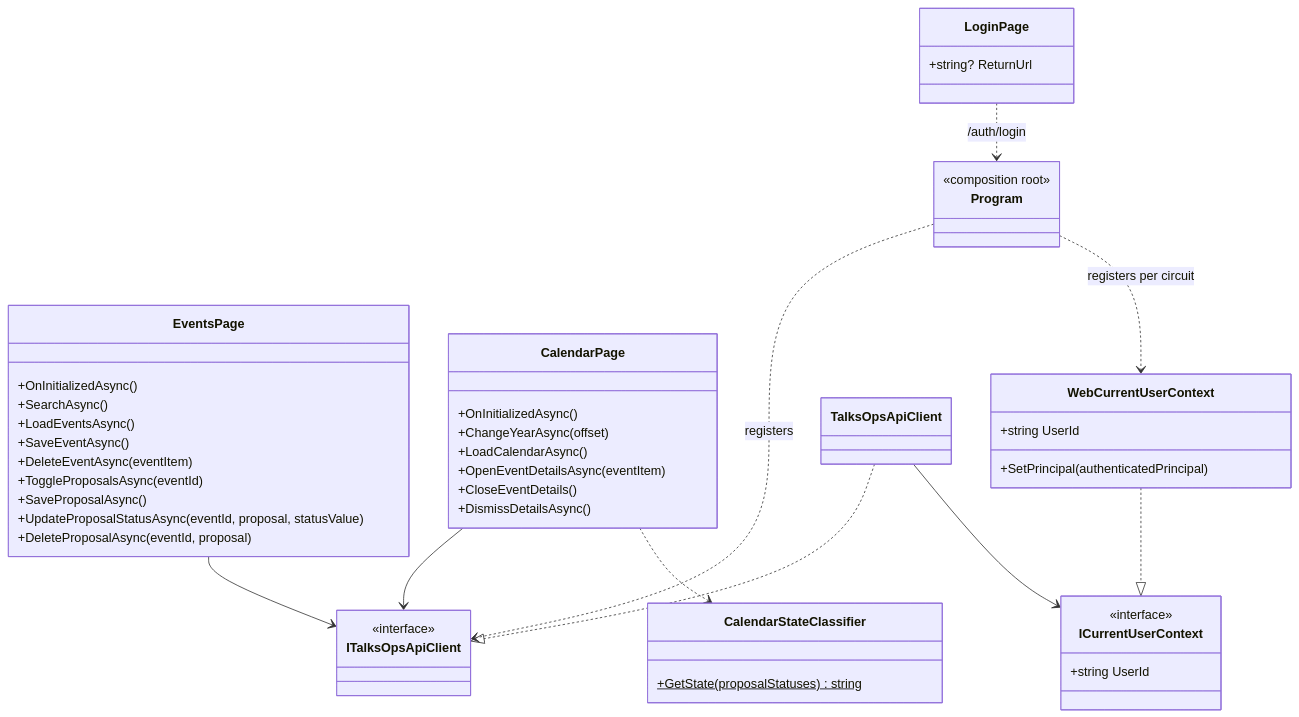
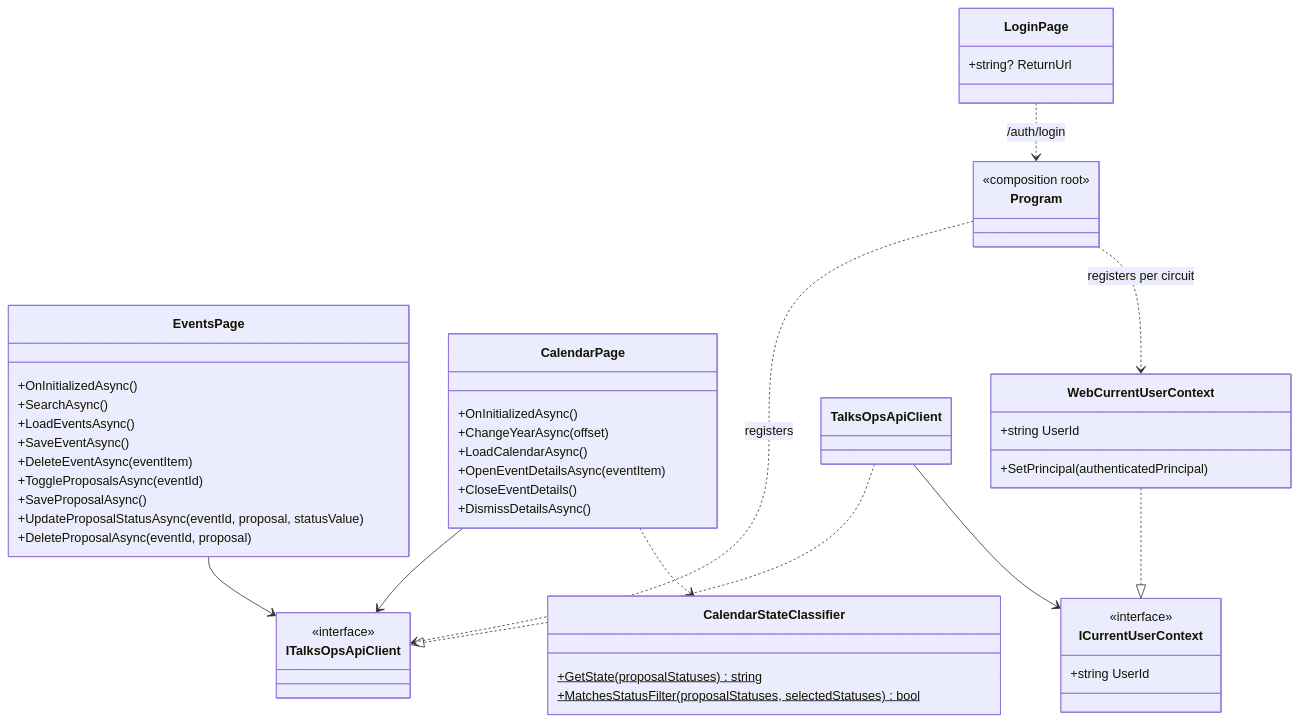
One commit to massimobonanni/TalksOps changed the diagram in src/TalksOps.Web/README.md. Above: the diagram before and after it, drawn with Mermaid. The commit also changed other lines of this file and 2 other files, not shown here.

Commit message:
feat: add MatchesStatusFilter method to CalendarStateClassifier and corresponding tests

````diff
--- a/src/TalksOps.Web/README.md
+++ b/src/TalksOps.Web/README.md
@@ -7,53 +7,54 @@
 ```mermaid
 classDiagram
     class Program {
         <<composition root>>
     }
     class EventsPage {
         +OnInitializedAsync()
         +SearchAsync()
         +LoadEventsAsync()
         +SaveEventAsync()
         +DeleteEventAsync(eventItem)
         +ToggleProposalsAsync(eventId)
         +SaveProposalAsync()
         +UpdateProposalStatusAsync(eventId, proposal, statusValue)
         +DeleteProposalAsync(eventId, proposal)
     }
     class CalendarPage {
         +OnInitializedAsync()
         +ChangeYearAsync(offset)
         +LoadCalendarAsync()
         +OpenEventDetailsAsync(eventItem)
         +CloseEventDetails()
         +DismissDetailsAsync()
     }
     class LoginPage {
         +string? ReturnUrl
     }
     class WebCurrentUserContext {
         +string UserId
         +SetPrincipal(authenticatedPrincipal)
     }
     class ICurrentUserContext {
         <<interface>>
         +string UserId
     }
     class ITalksOpsApiClient {
         <<interface>>
     }
     class TalksOpsApiClient
     class CalendarStateClassifier {
         +GetState(proposalStatuses)$ string
+        +MatchesStatusFilter(proposalStatuses, selectedStatuses)$ bool
     }
 
     Program ..> ITalksOpsApiClient : registers
     Program ..> WebCurrentUserContext : registers per circuit
     WebCurrentUserContext ..|> ICurrentUserContext
     TalksOpsApiClient ..|> ITalksOpsApiClient
     TalksOpsApiClient --> ICurrentUserContext
     EventsPage --> ITalksOpsApiClient
     CalendarPage --> ITalksOpsApiClient
     CalendarPage ..> CalendarStateClassifier
     LoginPage ..> Program : /auth/login
 ```
````
